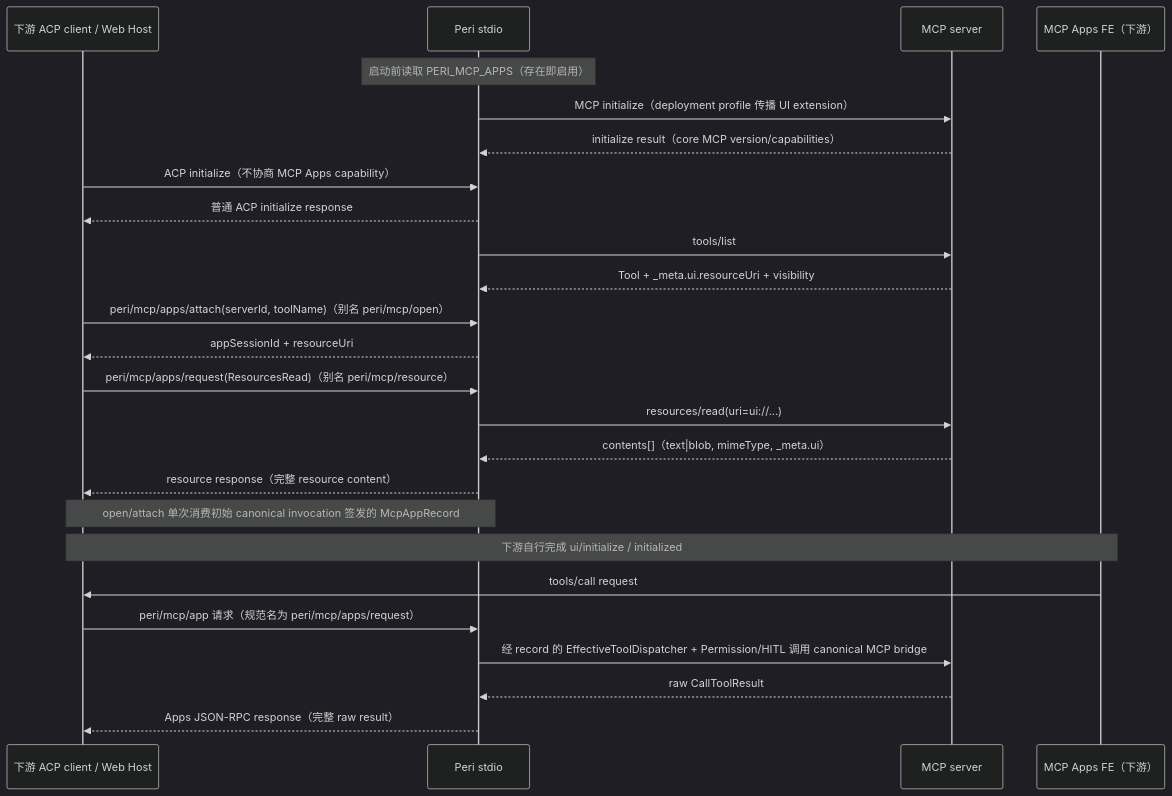
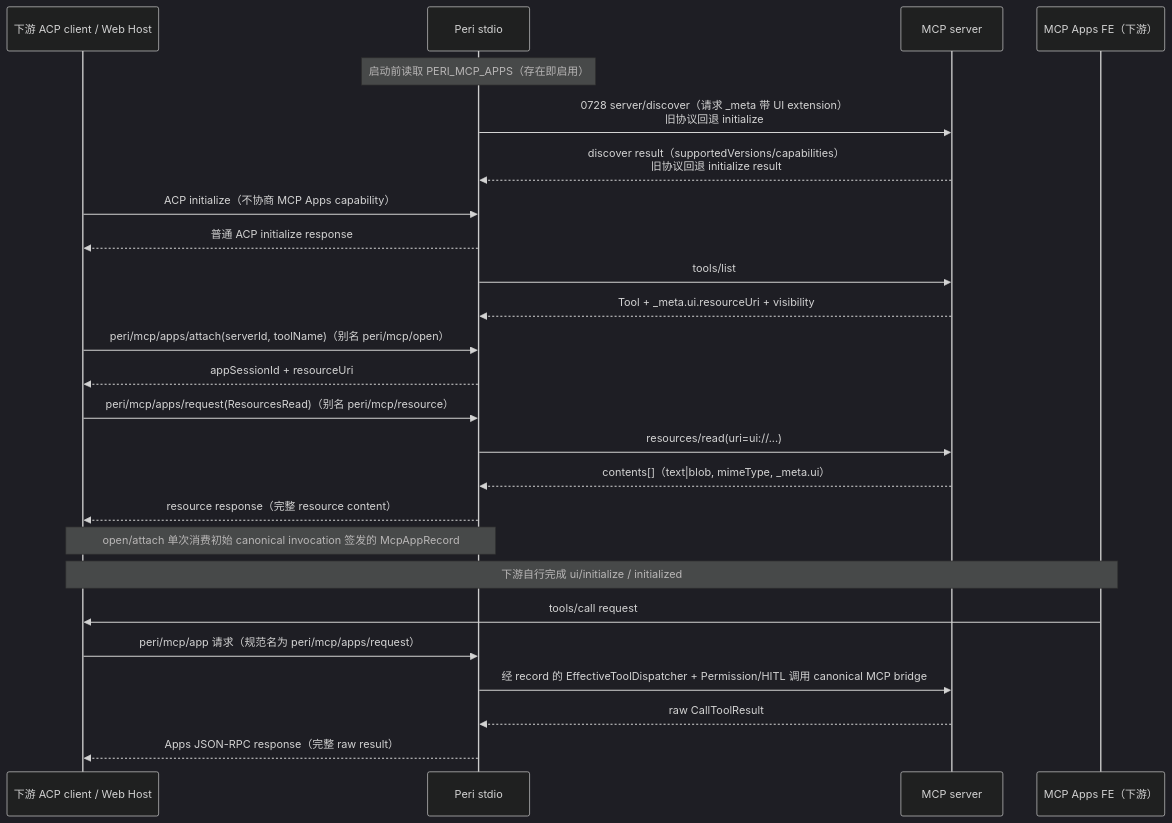
One commit to KonghaYao/peri changed the fourth of 4 diagrams in docs/design/mcp-multiplexing.md. Above: the diagram before and after it, drawn with Mermaid (dark theme). The commit also changed other lines of this file and 52 other files, not shown here.

````diff
--- a/docs/design/mcp-multiplexing.md
+++ b/docs/design/mcp-multiplexing.md
@@ -333,28 +333,28 @@
 ```mermaid
 sequenceDiagram
     participant F as 下游 ACP client / Web Host
     participant P as Peri stdio
     participant M as MCP server
     participant A as MCP Apps FE（下游）
 
     Note over P: 启动前读取 PERI_MCP_APPS（存在即启用）
-    P->>M: MCP initialize（deployment profile 传播 UI extension）
-    M-->>P: initialize result（core MCP version/capabilities）
+    P->>M: 0728 server/discover（请求 _meta 带 UI extension）<br/>旧协议回退 initialize
+    M-->>P: discover result（supportedVersions/capabilities）<br/>旧协议回退 initialize result
     F->>P: ACP initialize（不协商 MCP Apps capability）
     P-->>F: 普通 ACP initialize response
     P->>M: tools/list
     M-->>P: Tool + _meta.ui.resourceUri + visibility
     F->>P: peri/mcp/apps/attach(serverId, toolName)（别名 peri/mcp/open）
     P-->>F: appSessionId + resourceUri
     F->>P: peri/mcp/apps/request(ResourcesRead)（别名 peri/mcp/resource）
     P->>M: resources/read(uri=ui://...)
     M-->>P: contents[]（text|blob, mimeType, _meta.ui）
     P-->>F: resource response（完整 resource content）
     Note over P,F: open/attach 单次消费初始 canonical invocation 签发的 McpAppRecord
     Note over F,A: 下游自行完成 ui/initialize / initialized
     A->>F: tools/call request
     F->>P: peri/mcp/app 请求（规范名为 peri/mcp/apps/request）
     P->>M: 经 record 的 EffectiveToolDispatcher + Permission/HITL 调用 canonical MCP bridge
     M-->>P: raw CallToolResult
     P-->>F: Apps JSON-RPC response（完整 raw result）
 ```
````
